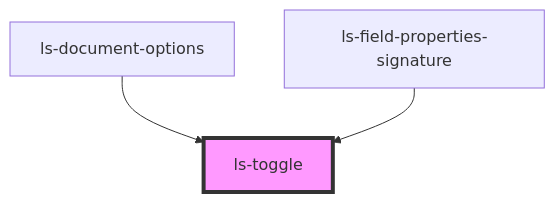
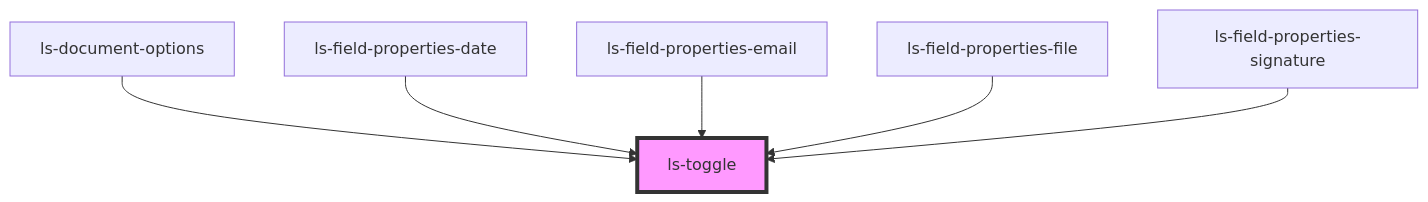
The diagram in src/components/ls-toggle/readme.md (legalesign/ls-document-viewer), drawn with Mermaid before and after one commit. The commit also changed other lines of this file and 10 other files, not shown here.

````diff
--- a/src/components/ls-toggle/readme.md
+++ b/src/components/ls-toggle/readme.md
@@ -16,6 +19,9 @@
 ```mermaid
 graph TD;
   ls-document-options --> ls-toggle
+  ls-field-properties-date --> ls-toggle
+  ls-field-properties-email --> ls-toggle
+  ls-field-properties-file --> ls-toggle
   ls-field-properties-signature --> ls-toggle
   style ls-toggle fill:#f9f,stroke:#333,stroke-width:4px
 ```
````
